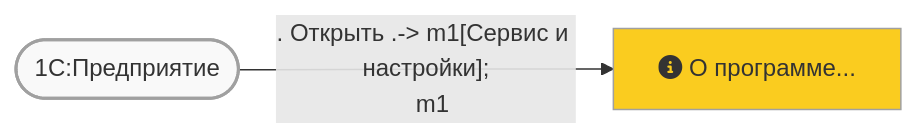
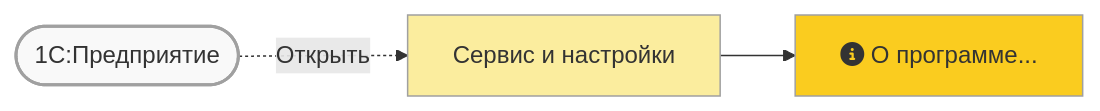
One commit to lugovoe/manual changed the diagram in faq/crash/main-white-window.md. Above: the diagram before and after it, drawn with Mermaid. The commit also changed other lines of this file, not shown here.

Commit message:
+ Complit

````diff
--- a/faq/crash/main-white-window.md
+++ b/faq/crash/main-white-window.md
@@ -28,11 +28,11 @@
 ``` mermaid
 flowchart LR
   b1([1С:Предприятие]);
-  b1 --. Открыть .-> m1[Сервис и настройки];
+  b1 -. Открыть .-> m1[Сервис и настройки];
   m1 --> m2[fa:fa-info-circle О программе...];
   classDef default fill:#facc1f,stroke:#a0a0a0,stroke-width:1px;
   classDef button fill:#f9f9f9,stroke:#a0a0a0,stroke-width:2px;
   classDef mainmenu fill:#fbed9e,stroke:#a0a0a0,stroke-width:1px;
   class b1 button;
   class m1 mainmenu;
 ```
````
